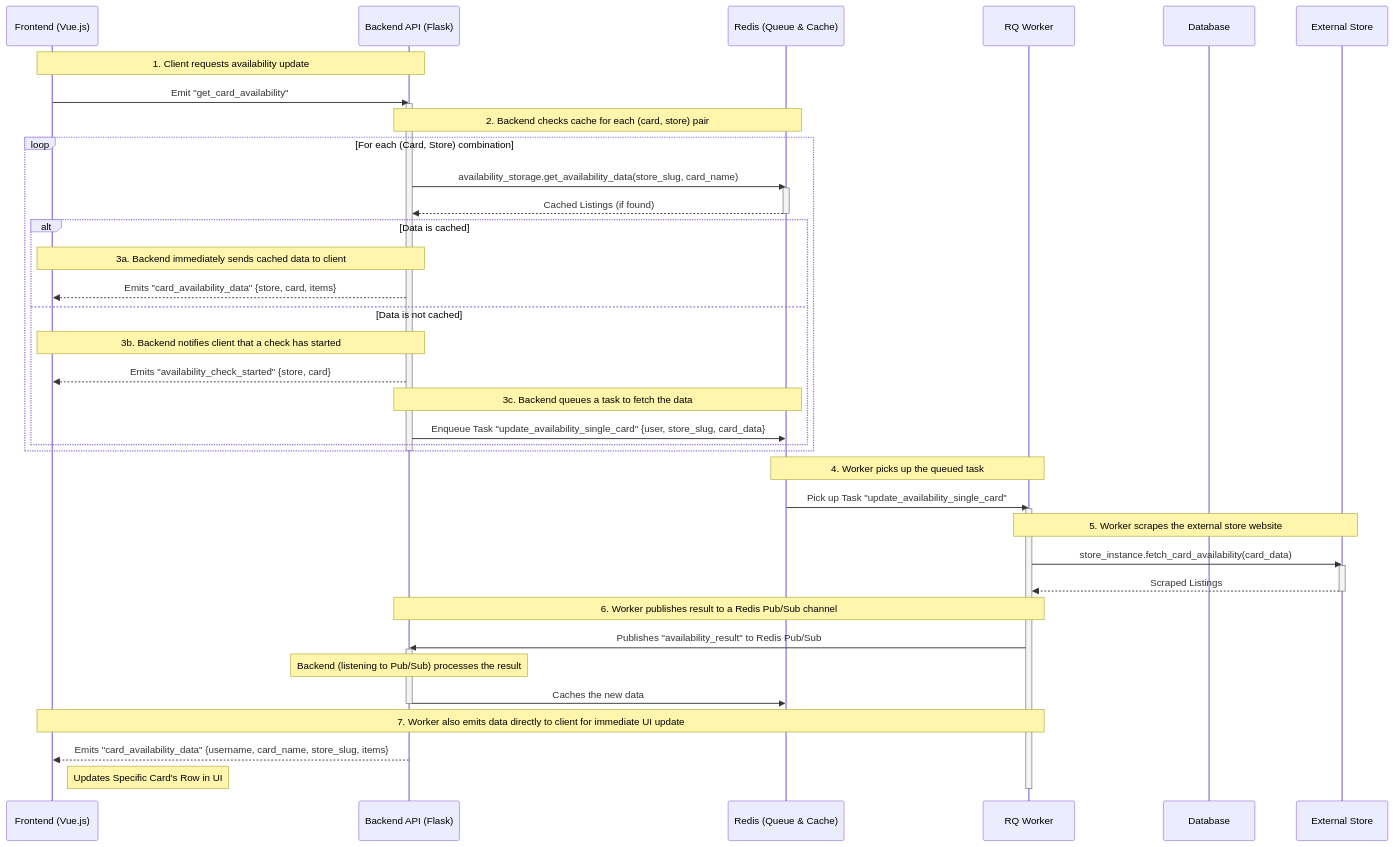
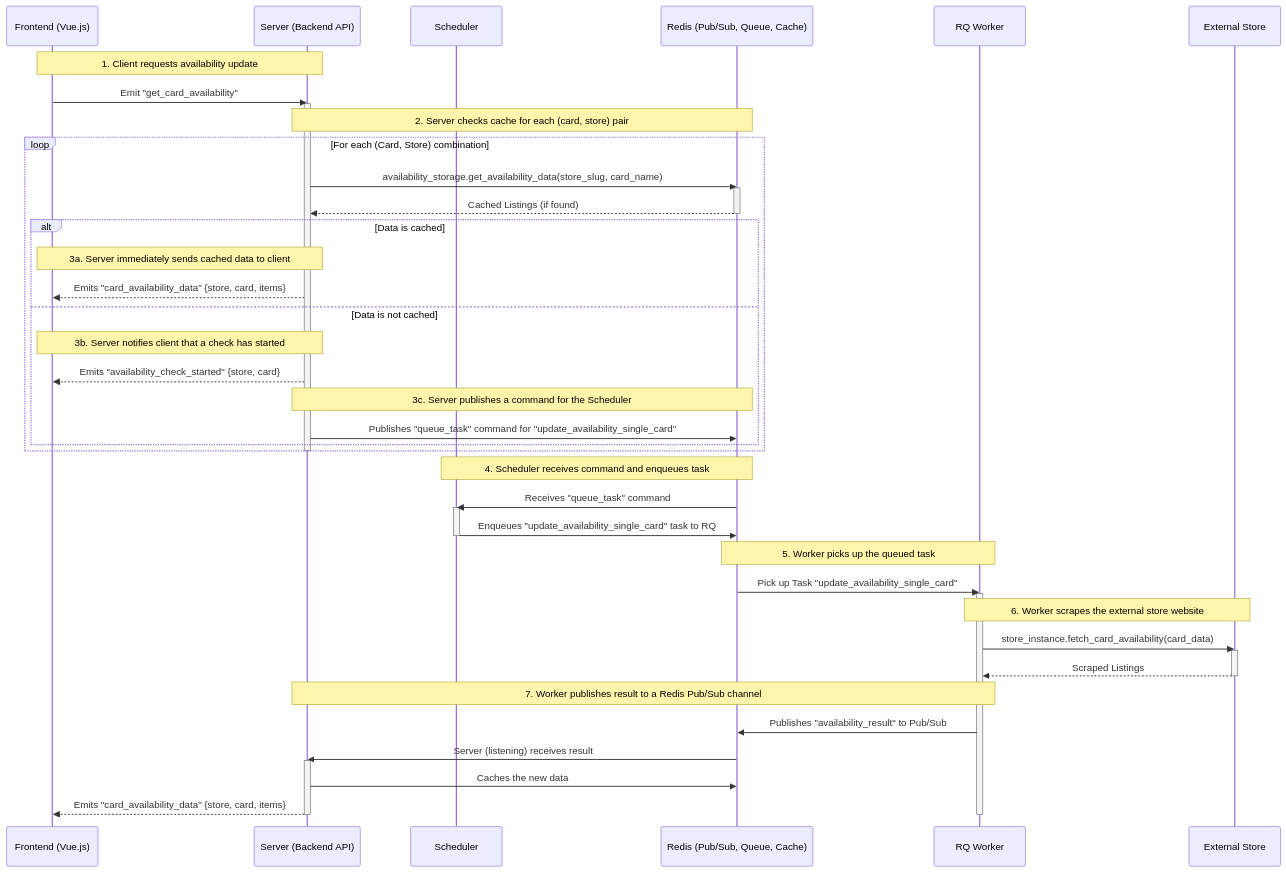
One commit to smileyface/LGS-Stock-Checker changed the fourth of 10 diagrams in docs/docs.md. Above: the diagram before and after it, drawn with Mermaid. The commit also changed other lines of this file and 7 other files, not shown here.

Commit message:
The backend now includes a scheduler listener to process scheduler requests and the worker listener is renamed to server listener with refined logic to handle worker results.

````diff
--- a/docs/docs.md
+++ b/docs/docs.md
@@ -143,56 +143,57 @@
 ```mermaid
 sequenceDiagram
     participant Client as Frontend (Vue.js)
-    participant Backend as Backend API (Flask)
-    participant Redis as Redis (Queue & Cache)
+    participant Server as Server (Backend API)
+    participant Scheduler
+    participant Redis as Redis (Pub/Sub, Queue, Cache)
     participant Worker as RQ Worker
-    participant DB as Database
     participant ExternalStore as External Store
-    
-    Note over Client, Backend: 1. Client requests availability update
-    Client->>Backend: Emit "get_card_availability"
-    activate Backend
-    
-    Note over Backend, Redis: 2. Backend checks cache for each (card, store) pair
+
+    Note over Client, Server: 1. Client requests availability update
+    Client->>Server: Emit "get_card_availability"
+    activate Server
+
+    Note over Server, Redis: 2. Server checks cache for each (card, store) pair
     loop For each (Card, Store) combination
-        Backend->>Redis: availability_storage.get_availability_data(store_slug, card_name)
+        Server->>Redis: availability_storage.get_availability_data(store_slug, card_name)
         activate Redis
-        Redis-->>Backend: Cached Listings (if found)
+        Redis-->>Server: Cached Listings (if found)
         deactivate Redis
-        
+
         alt Data is cached
-            Note over Backend, Client: 3a. Backend immediately sends cached data to client
-            Backend-->>Client: Emits "card_availability_data" {store, card, items}
+            Note over Server, Client: 3a. Server immediately sends cached data to client
+            Server-->>Client: Emits "card_availability_data" {store, card, items}
         else Data is not cached
-            Note over Backend, Client: 3b. Backend notifies client that a check has started
-            Backend-->>Client: Emits "availability_check_started" {store, card}
-            Note over Backend, Redis: 3c. Backend queues a task to fetch the data
-            Backend->>Redis: Enqueue Task "update_availability_single_card" {user, store_slug, card_data}
-            
+            Note over Server, Client: 3b. Server notifies client that a check has started
+            Server-->>Client: Emits "availability_check_started" {store, card}
+            Note over Server, Redis: 3c. Server publishes a command for the Scheduler
+            Server->>Redis: Publishes "queue_task" command for "update_availability_single_card"
         end
     end
-    deactivate Backend
-    
-    Note over Redis, Worker: 4. Worker picks up the queued task
+    deactivate Server
+
+    Note over Redis, Scheduler: 4. Scheduler receives command and enqueues task
+    Redis->>Scheduler: Receives "queue_task" command
+    activate Scheduler
+    Scheduler->>Redis: Enqueues "update_availability_single_card" task to RQ
+    deactivate Scheduler
+
+    Note over Redis, Worker: 5. Worker picks up the queued task
     Redis->>Worker: Pick up Task "update_availability_single_card"
     activate Worker
-    
-    Note over Worker, ExternalStore: 5. Worker scrapes the external store website
+
+    Note over Worker, ExternalStore: 6. Worker scrapes the external store website
     Worker->>ExternalStore: store_instance.fetch_card_availability(card_data)
     activate ExternalStore
     ExternalStore-->>Worker: Scraped Listings
     deactivate ExternalStore
-    
-    Note over Worker, Backend: 6. Worker publishes result to a Redis Pub/Sub channel
-    Worker->>Backend: Publishes "availability_result" to Redis Pub/Sub
-    activate Backend
-    Note over Backend: Backend (listening to Pub/Sub) processes the result
-    Backend->>Redis: Caches the new data
-    deactivate Backend
-    
-    Note over Worker, Client: 7. Worker also emits data directly to client for immediate UI update
-    Backend-->>Client: Emits "card_availability_data" {username, card_name, store_slug, items}
-    Note right of Client: Updates Specific Card's Row in UI
 
+    Note over Worker, Server: 7. Worker publishes result to a Redis Pub/Sub channel
+    Worker->>Redis: Publishes "availability_result" to Pub/Sub
+    Redis->>Server: Server (listening) receives result
+    activate Server
+    Server->>Redis: Caches the new data
+    Server-->>Client: Emits "card_availability_data" {store, card, items}
+    deactivate Server
     deactivate Worker
 ```
````
